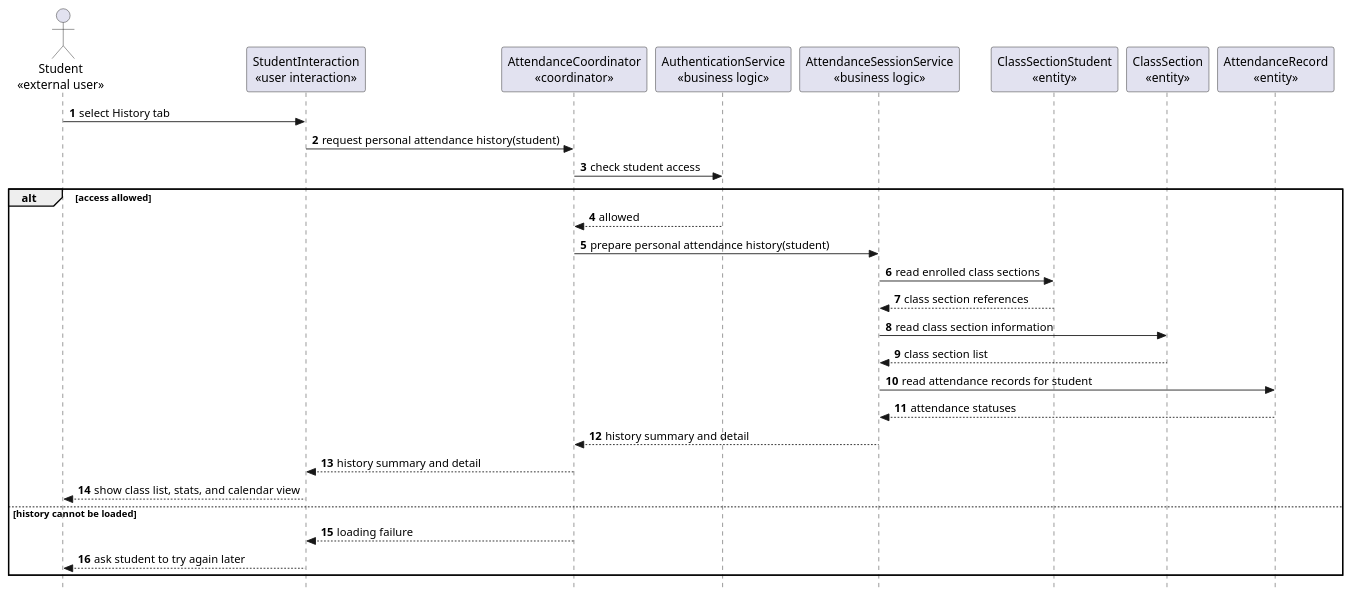
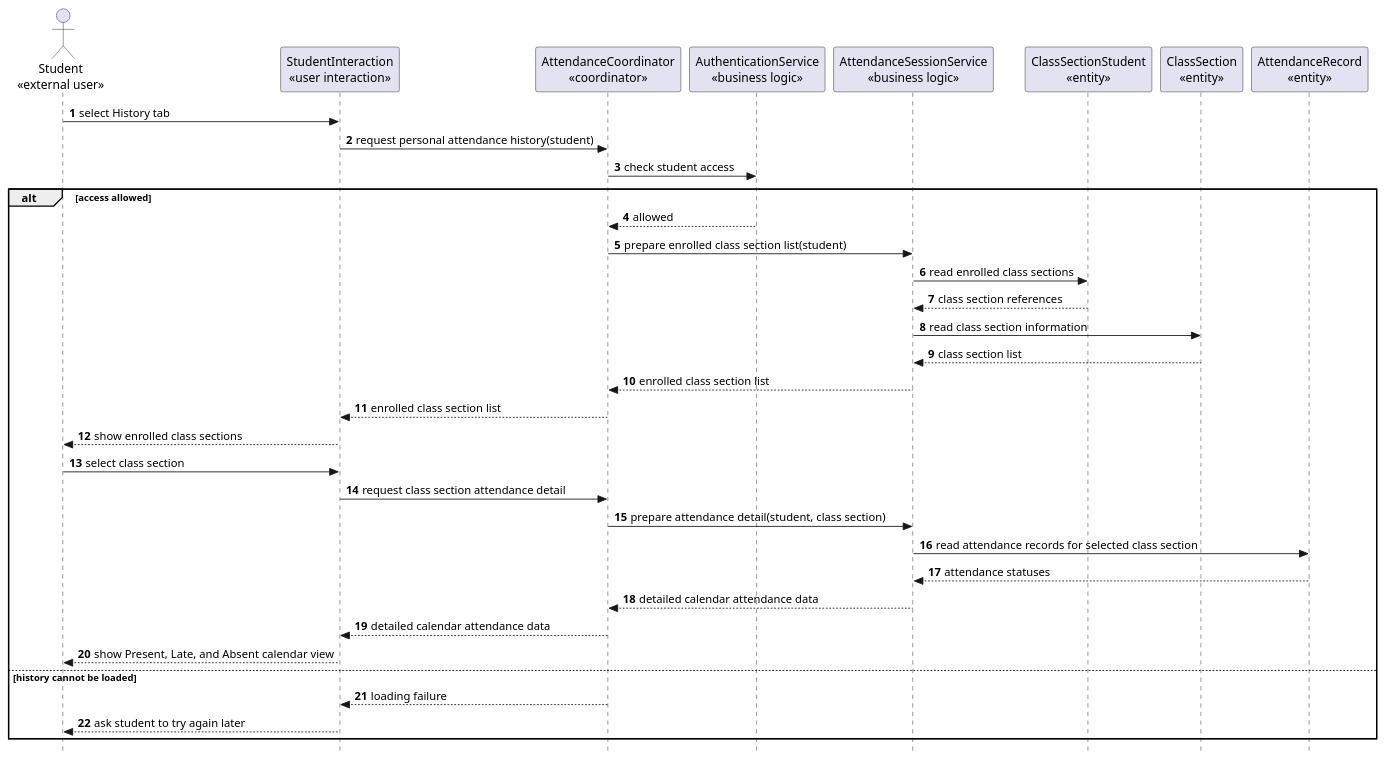
Before and after one commit to nttung42/SWD392: diagram 11 of 29 in docs/sds/2_Analysis.md, drawn with PlantUML. The commit also changed other lines of this file and 1 other file, not shown here.

````diff
--- a/docs/sds/2_Analysis.md
+++ b/docs/sds/2_Analysis.md
@@ -575,35 +582,41 @@
 ```plantuml
 @startuml
 skinparam style strictuml
 autonumber
 actor "Student\n«external user»" as Student
 participant "StudentInteraction\n«user interaction»" as StudentUI
 participant "AttendanceCoordinator\n«coordinator»" as HistoryControl
 participant "AuthenticationService\n«business logic»" as AuthRules
 participant "AttendanceSessionService\n«business logic»" as HistoryRules
 participant "ClassSectionStudent\n«entity»" as ClassSectionStudent
 participant "ClassSection\n«entity»" as ClassSection
 participant "AttendanceRecord\n«entity»" as AttendanceRecord
 
 Student -> StudentUI : select History tab
 StudentUI -> HistoryControl : request personal attendance history(student)
 HistoryControl -> AuthRules : check student access
 
 alt access allowed
   AuthRules --> HistoryControl : allowed
-  HistoryControl -> HistoryRules : prepare personal attendance history(student)
+  HistoryControl -> HistoryRules : prepare enrolled class section list(student)
   HistoryRules -> ClassSectionStudent : read enrolled class sections
   ClassSectionStudent --> HistoryRules : class section references
   HistoryRules -> ClassSection : read class section information
   ClassSection --> HistoryRules : class section list
-  HistoryRules -> AttendanceRecord : read attendance records for student
+  HistoryRules --> HistoryControl : enrolled class section list
+  HistoryControl --> StudentUI : enrolled class section list
+  StudentUI --> Student : show enrolled class sections
+  Student -> StudentUI : select class section
+  StudentUI -> HistoryControl : request class section attendance detail
+  HistoryControl -> HistoryRules : prepare attendance detail(student, class section)
+  HistoryRules -> AttendanceRecord : read attendance records for selected class section
   AttendanceRecord --> HistoryRules : attendance statuses
-  HistoryRules --> HistoryControl : history summary and detail
-  HistoryControl --> StudentUI : history summary and detail
-  StudentUI --> Student : show class list, stats, and calendar view
+  HistoryRules --> HistoryControl : detailed calendar attendance data
+  HistoryControl --> StudentUI : detailed calendar attendance data
+  StudentUI --> Student : show Present, Late, and Absent calendar view
 else history cannot be loaded
   HistoryControl --> StudentUI : loading failure
   StudentUI --> Student : ask student to try again later
 end
 @enduml
 ```
````
